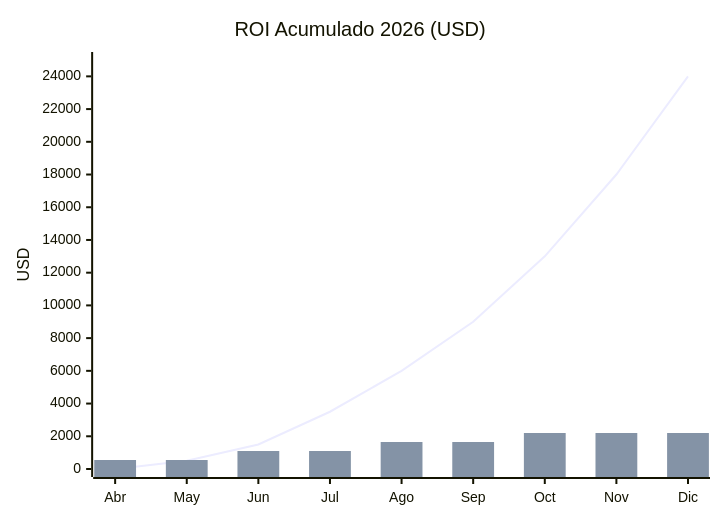
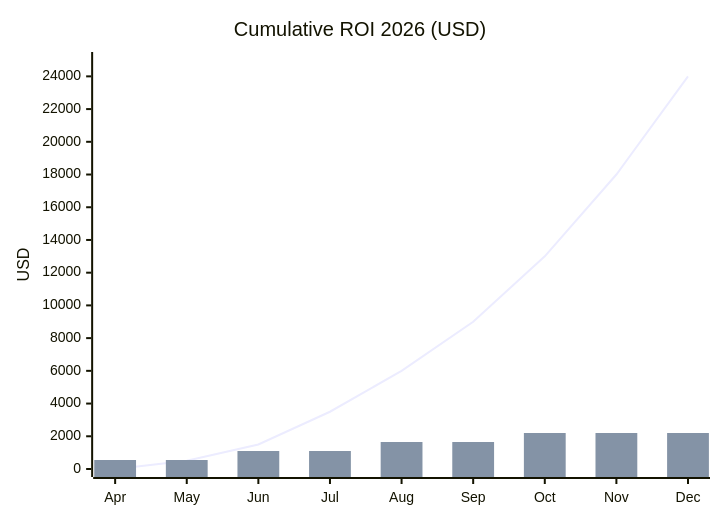
The second of 2 diagrams in documentation/08-kpis/success-metrics.md (nissienterprise/nissi-openclaw-vps), drawn with Mermaid before and after one commit. The commit also changed other lines of this file and 46 other files, not shown here.

````diff
--- a/documentation/08-kpis/success-metrics.md
+++ b/documentation/08-kpis/success-metrics.md
@@ -65,8 +65,8 @@
 ```mermaid
 xychart-beta
-    title "ROI Acumulado 2026 (USD)"
-    x-axis [Abr, May, Jun, Jul, Ago, Sep, Oct, Nov, Dic]
+    title "Cumulative ROI 2026 (USD)"
+    x-axis [Apr, May, Jun, Jul, Aug, Sep, Oct, Nov, Dec]
     y-axis "USD" 0 --> 25000
     line [0, 500, 1500, 3500, 6000, 9000, 13000, 18000, 24000]
     bar [550, 550, 1100, 1100, 1650, 1650, 2200, 2200, 2200]
 ```
````
